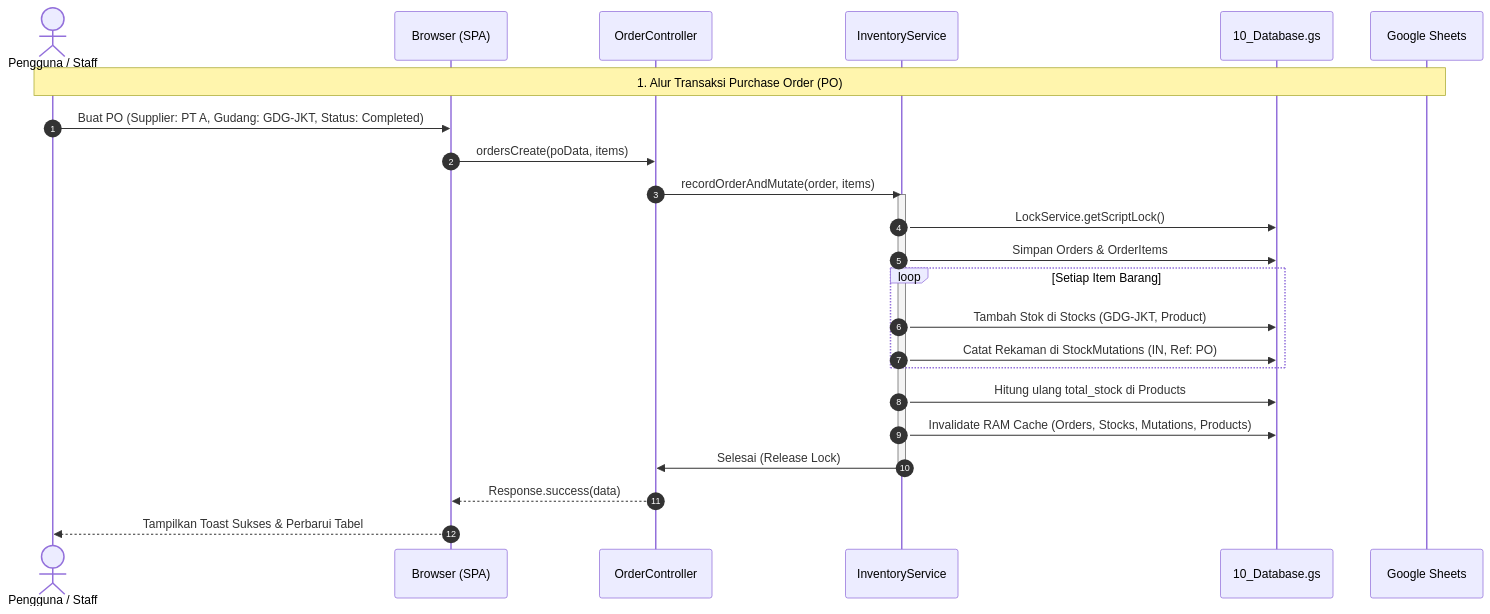
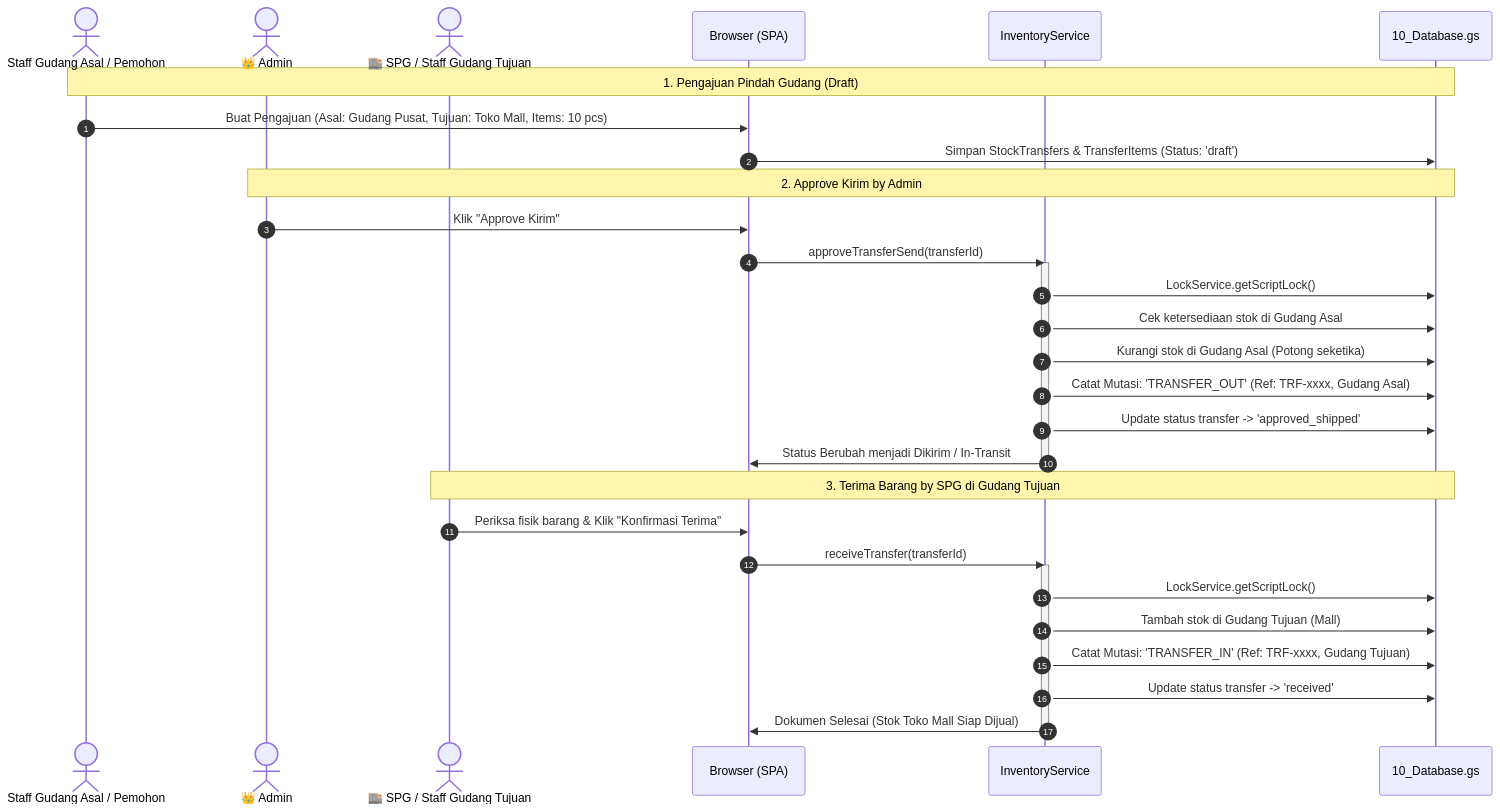
The second of 3 diagrams in plan.md (ifankang/gas-modular), drawn with Mermaid before and after one commit. The commit also changed other lines of this file, not shown here.

Commit message:
docs: update plan.md with PO approval workflow and multi-role stock transfer logic

````diff
--- a/plan.md
+++ b/plan.md
@@ -132,28 +189,37 @@
 ```mermaid
 sequenceDiagram
     autonumber
-    actor User as Pengguna / Staff
+    actor Staff as Staff Gudang Asal / Pemohon
+    actor Admin as 👑 Admin
+    actor SPG as 🏬 SPG / Staff Gudang Tujuan
     participant UI as Browser (SPA)
-    participant Ctrl as OrderController
     participant Inv as InventoryService
     participant DB as 10_Database.gs
-    participant Sheet as Google Sheets
 
-    Note over User,Sheet: 1. Alur Transaksi Purchase Order (PO)
-    User->>UI: Buat PO (Supplier: PT A, Gudang: GDG-JKT, Status: Completed)
-    UI->>Ctrl: ordersCreate(poData, items)
-    Ctrl->>Inv: recordOrderAndMutate(order, items)
+    Note over Staff,DB: 1. Pengajuan Pindah Gudang (Draft)
+    Staff->>UI: Buat Pengajuan (Asal: Gudang Pusat, Tujuan: Toko Mall, Items: 10 pcs)
+    UI->>DB: Simpan StockTransfers & TransferItems (Status: 'draft')
+
+    Note over Admin,DB: 2. Approve Kirim by Admin
+    Admin->>UI: Klik "Approve Kirim"
+    UI->>Inv: approveTransferSend(transferId)
     activate Inv
     Inv->>DB: LockService.getScriptLock()
-    Inv->>DB: Simpan Orders & OrderItems
-    loop Setiap Item Barang
-        Inv->>DB: Tambah Stok di Stocks (GDG-JKT, Product)
-        Inv->>DB: Catat Rekaman di StockMutations (IN, Ref: PO)
-    end
-    Inv->>DB: Hitung ulang total_stock di Products
-    Inv->>DB: Invalidate RAM Cache (Orders, Stocks, Mutations, Products)
-    Inv->>Ctrl: Selesai (Release Lock)
+    Inv->>DB: Cek ketersediaan stok di Gudang Asal
+    Inv->>DB: Kurangi stok di Gudang Asal (Potong seketika)
+    Inv->>DB: Catat Mutasi: 'TRANSFER_OUT' (Ref: TRF-xxxx, Gudang Asal)
+    Inv->>DB: Update status transfer -> 'approved_shipped'
+    Inv->>UI: Status Berubah menjadi Dikirim / In-Transit
     deactivate Inv
-    Ctrl-->>UI: Response.success(data)
-    UI-->>User: Tampilkan Toast Sukses & Perbarui Tabel
+
+    Note over SPG,DB: 3. Terima Barang by SPG di Gudang Tujuan
+    SPG->>UI: Periksa fisik barang & Klik "Konfirmasi Terima"
+    UI->>Inv: receiveTransfer(transferId)
+    activate Inv
+    Inv->>DB: LockService.getScriptLock()
+    Inv->>DB: Tambah stok di Gudang Tujuan (Mall)
+    Inv->>DB: Catat Mutasi: 'TRANSFER_IN' (Ref: TRF-xxxx, Gudang Tujuan)
+    Inv->>DB: Update status transfer -> 'received'
+    Inv->>UI: Dokumen Selesai (Stok Toko Mall Siap Dijual)
+    deactivate Inv
 ```
````
